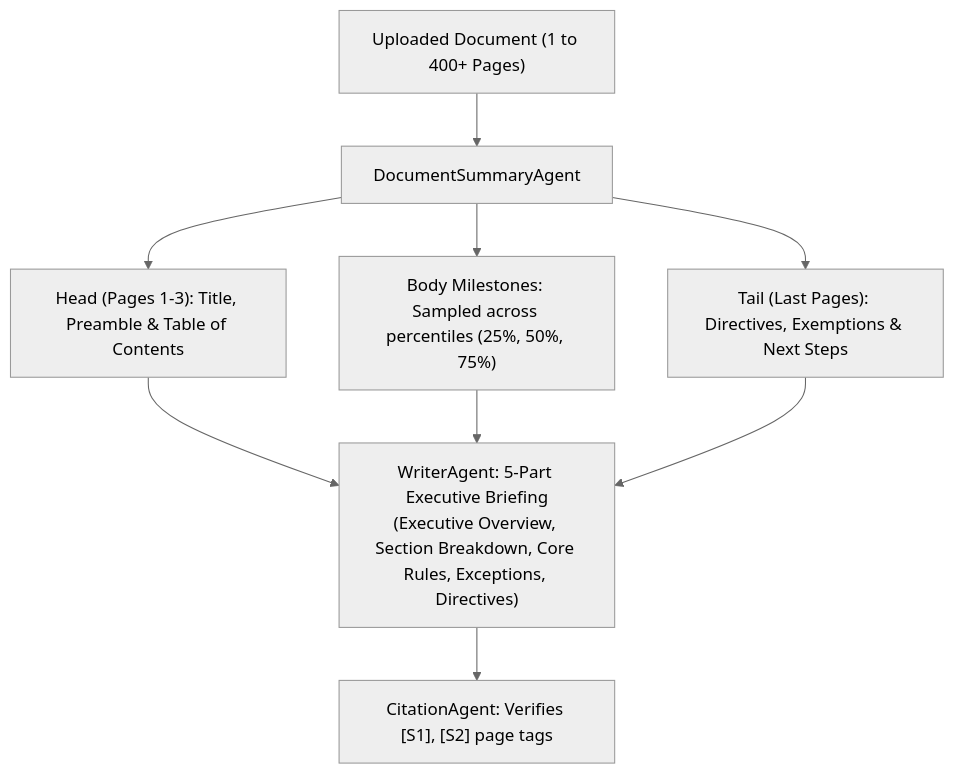
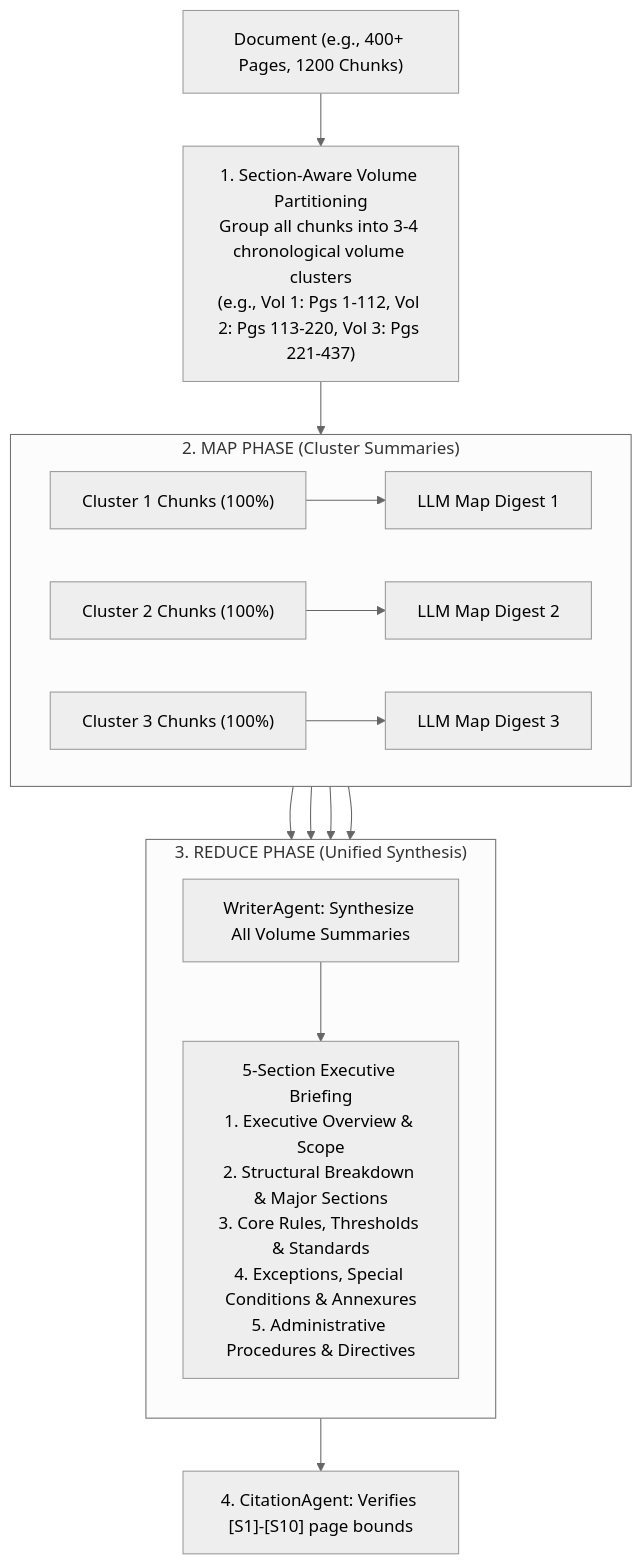
One commit to kartikkukde03/NexusRAG-Supervised-Multi-Agent-RAG-Platform- changed the fourth of 4 diagrams in architecture_plan.md. Above: the diagram before and after it, drawn with Mermaid (neutral theme). The commit also changed other lines of this file, not shown here.

Commit message:
docs: align architecture plan with functional system, orchestration, and memory sharing

````diff
--- a/architecture_plan.md
+++ b/architecture_plan.md
@@ -94,12 +142,22 @@
 ```mermaid
 flowchart TD
-    PDF["Uploaded Document (1 to 400+ Pages)"] --> Sampler["DocumentSummaryAgent"]
-    
-    Sampler --> Head["Head (Pages 1-3): Title, Preamble & Table of Contents"]
-    Sampler --> Body["Body Milestones: Sampled across percentiles (25%, 50%, 75%)"]
-    Sampler --> Tail["Tail (Last Pages): Directives, Exemptions & Next Steps"]
-    
-    Head & Body & Tail --> Writer["WriterAgent: 5-Part Executive Briefing\n(Executive Overview, Section Breakdown, Core Rules, Exceptions, Directives)"]
-    
-    Writer --> Citations["CitationAgent: Verifies [S1], [S2] page tags"]
+    Doc["Document (e.g., 400+ Pages, 1200 Chunks)"] --> Partition["1. Section-Aware Volume Partitioning\nGroup all chunks into 3-4 chronological volume clusters\n(e.g., Vol 1: Pgs 1-112, Vol 2: Pgs 113-220, Vol 3: Pgs 221-437)"]
+
+    subgraph MapPhase ["2. MAP PHASE (Cluster Summaries)"]
+        direction LR
+        C1["Cluster 1 Chunks (100%)"] --> M1["LLM Map Digest 1"]
+        C2["Cluster 2 Chunks (100%)"] --> M2["LLM Map Digest 2"]
+        C3["Cluster 3 Chunks (100%)"] --> M3["LLM Map Digest 3"]
+    end
+
+    Partition --> MapPhase
+
+    subgraph ReducePhase ["3. REDUCE PHASE (Unified Synthesis)"]
+        direction TB
+        M1 & M2 & M3 --> R["WriterAgent: Synthesize All Volume Summaries"]
+        R --> FinalDoc["5-Section Executive Briefing\n1. Executive Overview & Scope\n2. Structural Breakdown & Major Sections\n3. Core Rules, Thresholds & Standards\n4. Exceptions, Special Conditions & Annexures\n5. Administrative Procedures & Directives"]
+    end
+
+    MapPhase --> ReducePhase
+    FinalDoc --> Audit["4. CitationAgent: Verifies [S1]-[S10] page bounds"]
 ```
````
